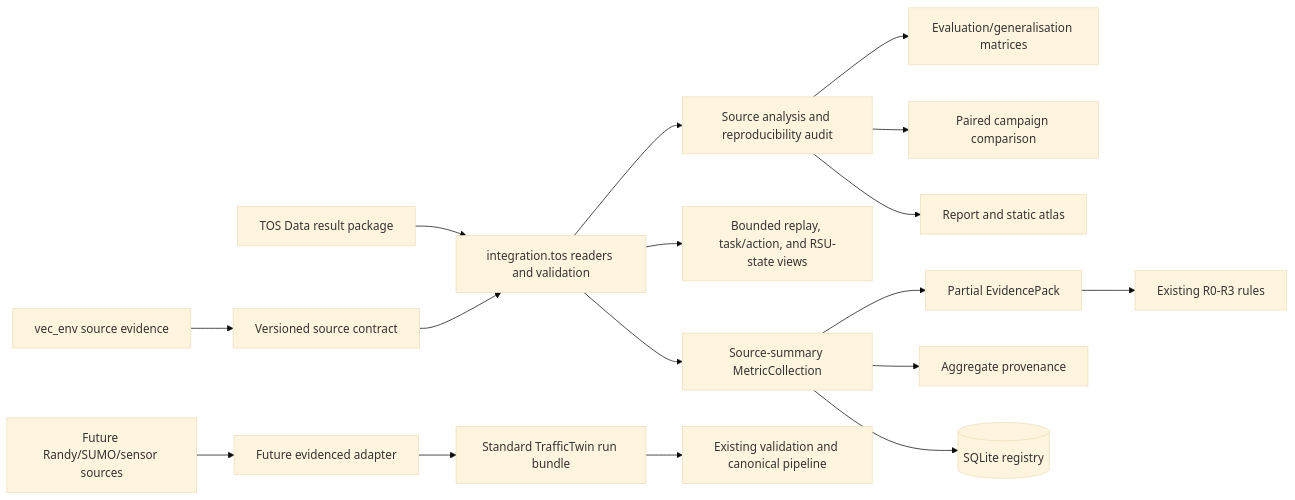
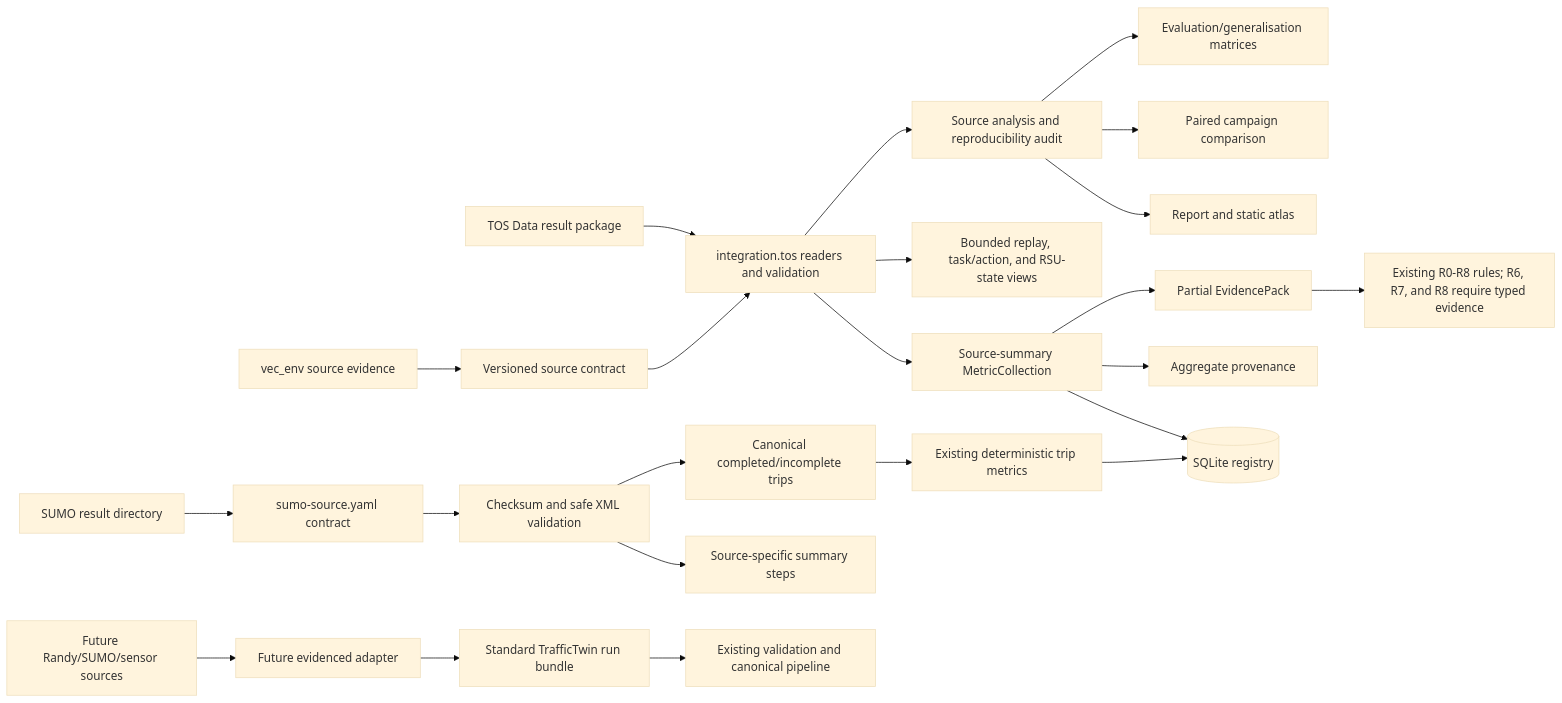
Before and after one commit to Abdulla4akash/traffictwin: diagram 40 of 47 in docs/architecture.md, drawn with Mermaid (base theme). The commit also changed other lines of this file and 566 other files, not shown here.

````diff
--- a/docs/architecture.md
+++ b/docs/architecture.md
@@ -258,20 +1130,27 @@
 ```mermaid
 flowchart LR
     TOS[TOS Data result package] --> TOSReader[integration.tos readers and validation]
     VecSource[vec_env source evidence] --> SourceContract[Versioned source contract]
     SourceContract --> TOSReader
     TOSReader --> Summary[Source-summary MetricCollection]
     TOSReader --> Views[Bounded replay, task/action, and RSU-state views]
     TOSReader --> Workbench[Source analysis and reproducibility audit]
     Workbench --> Matrix[Evaluation/generalisation matrices]
     Workbench --> Paired[Paired campaign comparison]
     Workbench --> Exports[Report and static atlas]
     Summary --> PartialEvidence[Partial EvidencePack]
-    PartialEvidence --> ExistingRules[Existing R0-R3 rules]
+    PartialEvidence --> ExistingRules["Existing R0-R8 rules; R6, R7, and R8 require typed evidence"]
     Summary --> AggregateTrace[Aggregate provenance]
     Summary --> Registry[(SQLite registry)]
+
+    SUMO[SUMO result directory] --> SUMOContract[sumo-source.yaml contract]
+    SUMOContract --> SUMOValidation[Checksum and safe XML validation]
+    SUMOValidation --> CanonicalTrips[Canonical completed/incomplete trips]
+    SUMOValidation --> SummarySteps[Source-specific summary steps]
+    CanonicalTrips --> TripMetrics[Existing deterministic trip metrics]
+    TripMetrics --> Registry
 
     Other[Future Randy/SUMO/sensor sources] --> FutureAdapter[Future evidenced adapter]
     FutureAdapter --> StandardBundle[Standard TrafficTwin run bundle]
     StandardBundle --> ExistingPipeline[Existing validation and canonical pipeline]
 ```
````
